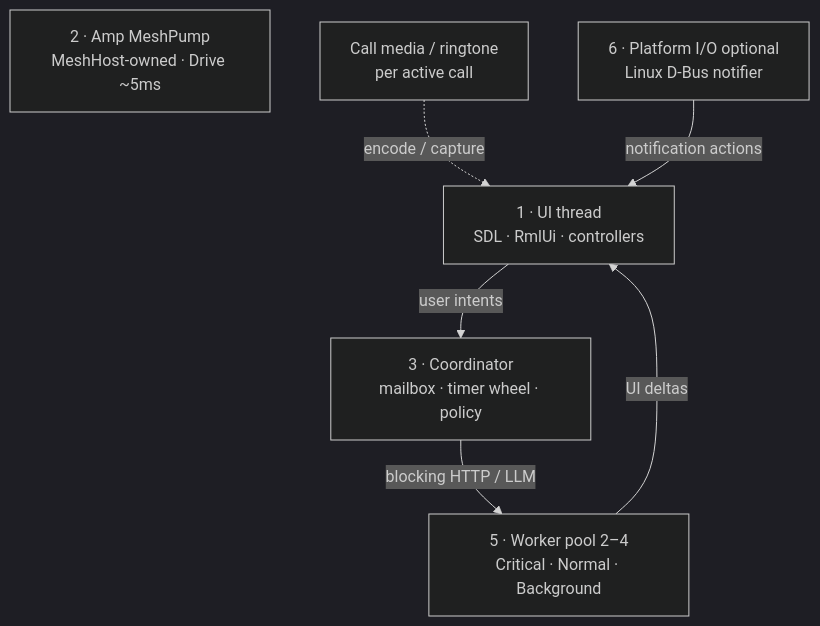
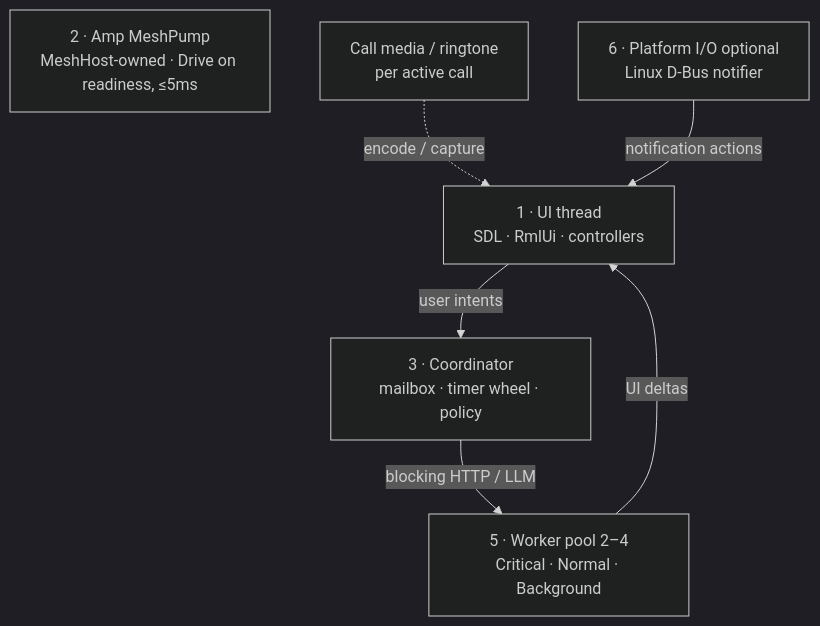
The diagram in docs/architecture/THREADING.md (people-post/pp-browser), drawn with Mermaid (dark theme) before and after one commit. The commit also changed other lines of this file and 4 other files, not shown here.

First line of the commit message:
mesh: pin pp-cpp-mesh v6.9.0 / pp-cpp-amp v5.7.1 — the pump wakes on datagrams

````diff
--- a/docs/architecture/THREADING.md
+++ b/docs/architecture/THREADING.md
@@ -27,15 +27,15 @@
 ```mermaid
 flowchart TB
   UI["1 · UI thread<br/>SDL · RmlUi · controllers"]
-  Pump["2 · Amp MeshPump<br/>MeshHost-owned · Drive ~5ms"]
+  Pump["2 · Amp MeshPump<br/>MeshHost-owned · Drive on readiness, ≤5ms"]
   Coord["3 · Coordinator<br/>mailbox · timer wheel · policy"]
   Pool["5 · Worker pool 2–4<br/>Critical · Normal · Background"]
   Plat["6 · Platform I/O optional<br/>Linux D-Bus notifier"]
   Media["Call media / ringtone<br/>per active call"]
 
   UI -->|"user intents"| Coord
   Coord -->|"blocking HTTP / LLM"| Pool
   Pool -->|"UI deltas"| UI
   Media -.->|"encode / capture"| UI
   Plat -->|"notification actions"| UI
 ```
````
